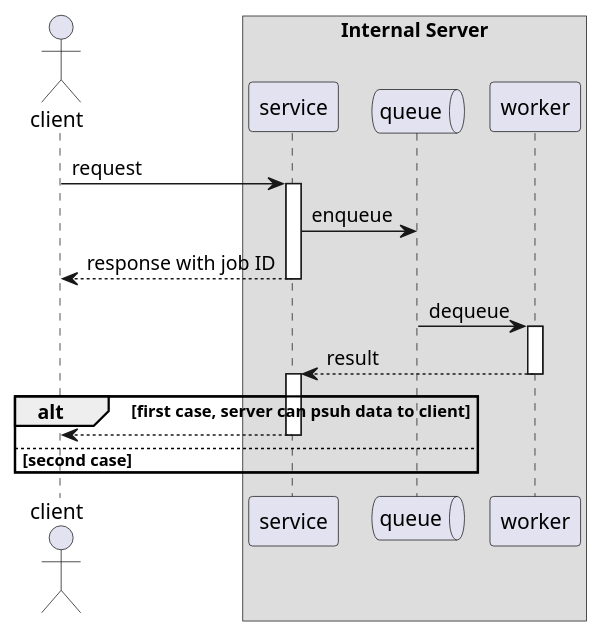
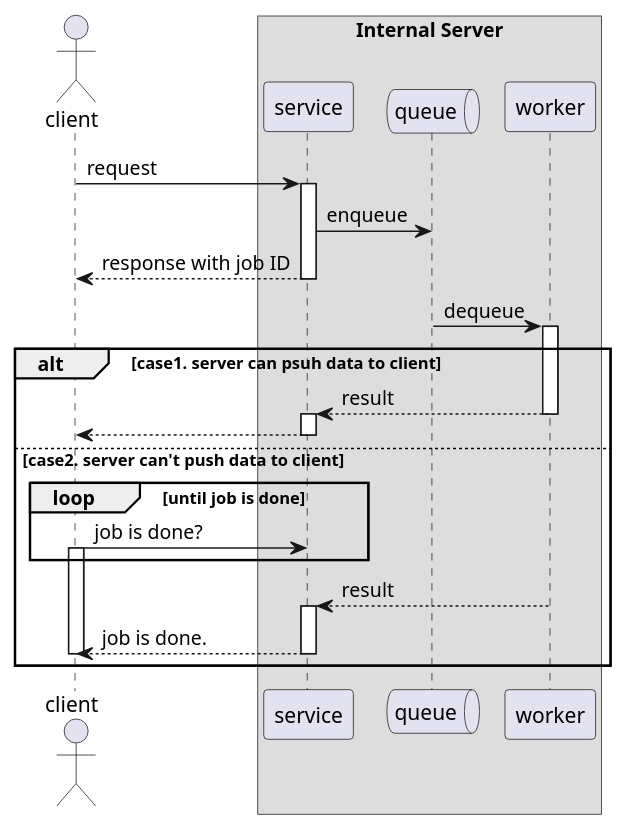
The third of 3 diagrams in Daliynote/2023-11-29.md (meteormin/meteormin.github.io), drawn with PlantUML before and after one commit. The commit also changed 1 other file, not shown here.

Commit message:
vault backup: 2023-11-29 23:31:56

````diff
--- a/Daliynote/2023-11-29.md
+++ b/Daliynote/2023-11-29.md
@@ -45,26 +45,38 @@
 ```plantuml
 @startuml
 actor       client 
 box "Internal Server"
 participant service
 queue       queue
 participant worker
 end box
 
 client -> service : request
 activate service
 service -> queue : enqueue
 service --> client : response with job ID
 deactivate service
 queue -> worker : dequeue
 activate worker
+
+alt case1. server can psuh data to client
 worker --> service : result
 deactivate worker
-alt first case, server can psuh data to client
 activate service
 service --> client
 deactivate service
-else second case
+else case2. server can't push data to client
+
+loop until job is done
+client -> service : job is done?
+activate client
+end
+worker --> service : result
+deactivate worker
+activate service
+service --> client : job is done.
+deactivate client
+deactivate service
 end
 @enduml
 ```
````
